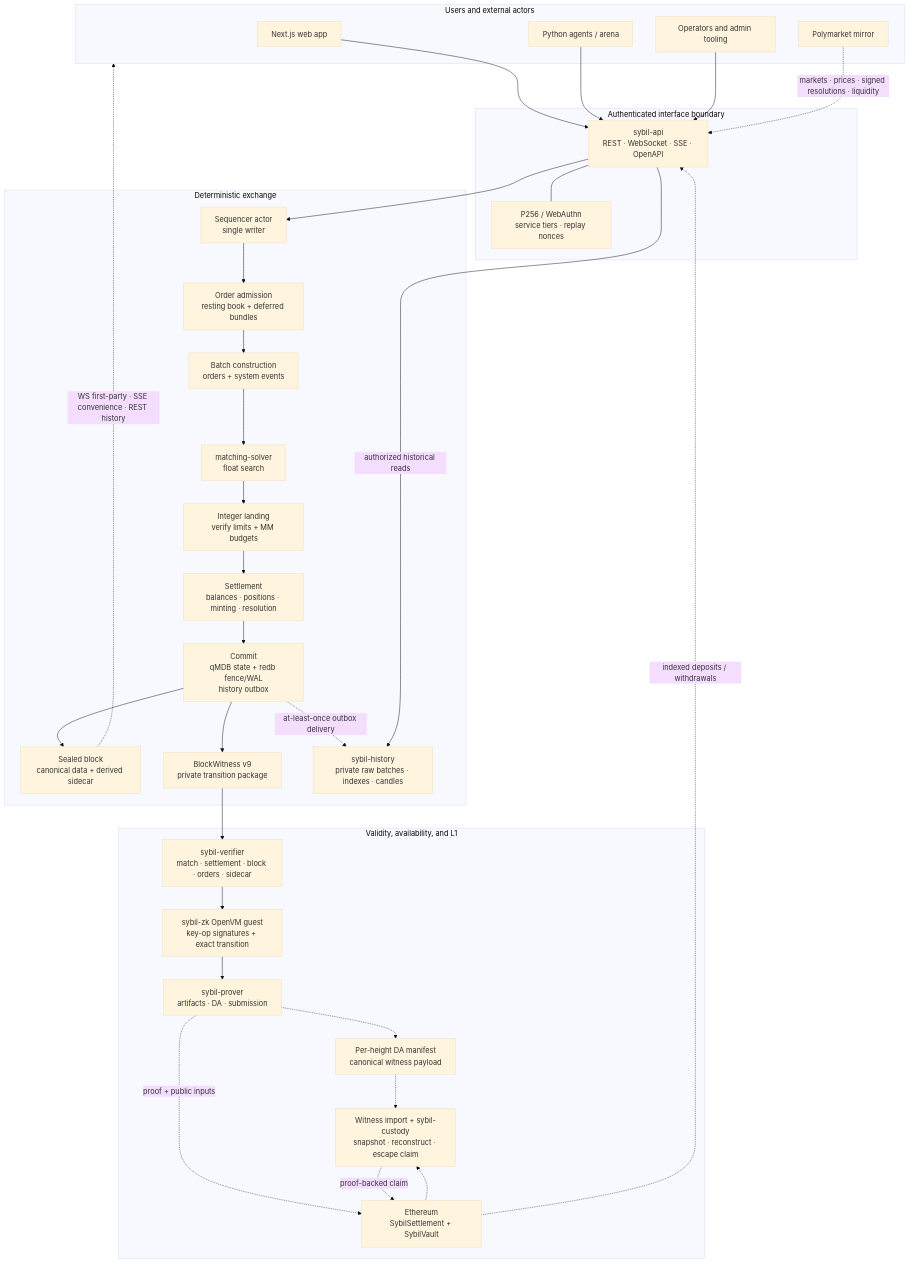
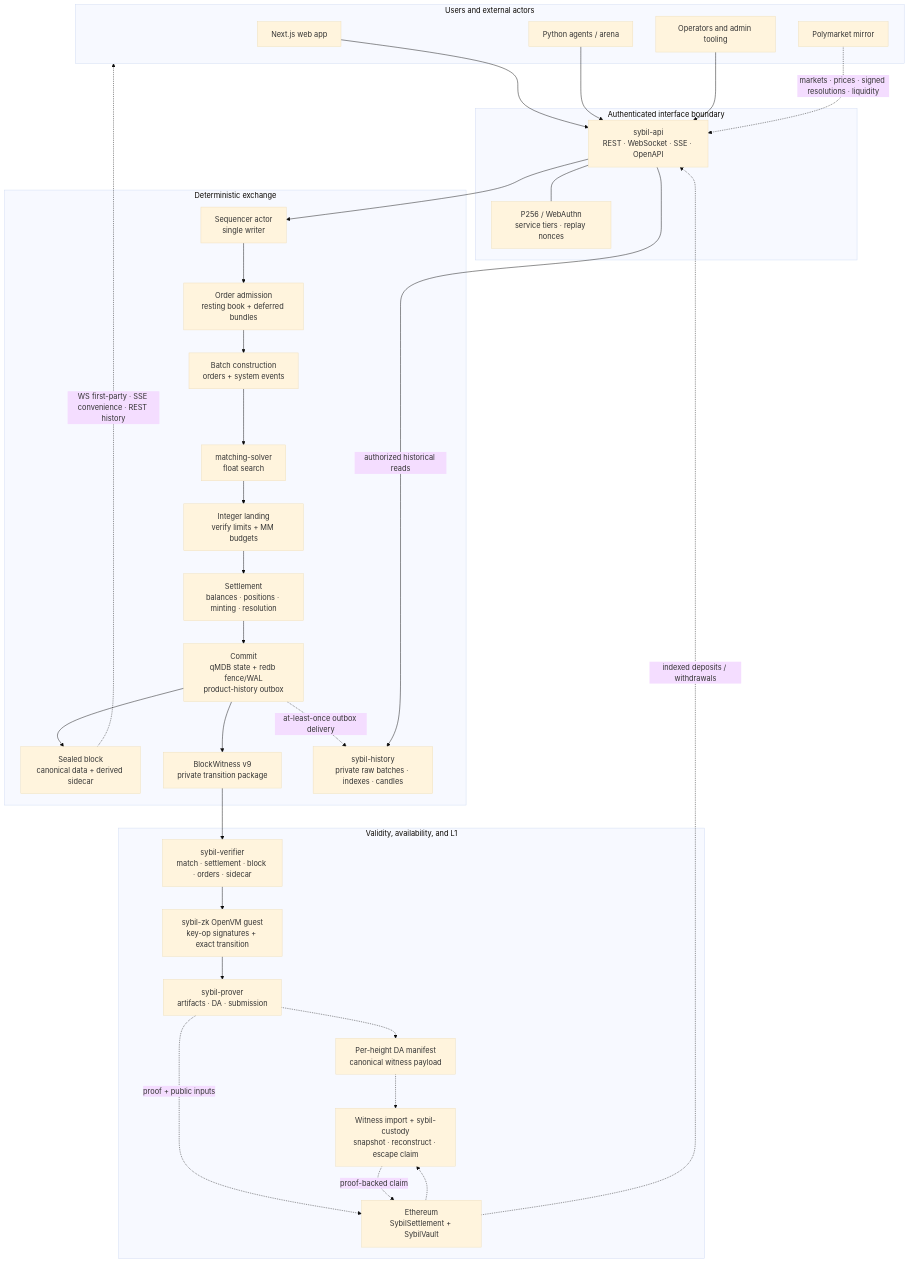
One commit to MetaB0y/sybil changed the first of 2 diagrams in docs/architecture/Sybil Architecture.md. Above: the diagram before and after it, drawn with Mermaid (base theme). The commit also changed 81 other files, not shown here.

````diff
--- a/docs/architecture/Sybil Architecture.md
+++ b/docs/architecture/Sybil Architecture.md
@@ -21,58 +21,58 @@
 ```mermaid
 flowchart TB
     subgraph users["Users and external actors"]
         WEB["Next.js web app"]
         BOTS["Python agents / arena"]
         PM["Polymarket mirror"]
         OPS["Operators and admin tooling"]
     end
 
     subgraph edge["Authenticated interface boundary"]
         API["sybil-api<br/>REST · WebSocket · SSE · OpenAPI"]
         AUTH["P256 / WebAuthn<br/>service tiers · replay nonces"]
         API --- AUTH
     end
 
     subgraph exchange["Deterministic exchange"]
         ACTOR["Sequencer actor<br/>single writer"]
         ADMIT["Order admission<br/>resting book + deferred bundles"]
         BATCH["Batch construction<br/>orders + system events"]
         SOLVE["matching-solver<br/>float search"]
         LAND["Integer landing<br/>verify limits + MM budgets"]
         SETTLE["Settlement<br/>balances · positions · minting · resolution"]
-        STORE["Commit<br/>qMDB state + redb fence/WAL<br/>history outbox"]
+        STORE["Commit<br/>qMDB state + redb fence/WAL<br/>product-history outbox"]
         BLOCK["Sealed block<br/>canonical data + derived sidecar"]
         WIT["BlockWitness v9<br/>private transition package"]
         HIST["sybil-history<br/>private raw batches · indexes · candles"]
 
         ACTOR --> ADMIT --> BATCH --> SOLVE --> LAND --> SETTLE --> STORE
         STORE --> BLOCK
         STORE --> WIT
         STORE -.->|"at-least-once outbox delivery"| HIST
     end
 
     subgraph validity["Validity, availability, and L1"]
         VERIFY["sybil-verifier<br/>match · settlement · block · orders · sidecar"]
         GUEST["sybil-zk OpenVM guest<br/>key-op signatures + exact transition"]
         PROVER["sybil-prover<br/>artifacts · DA · submission"]
         DA["Per-height DA manifest<br/>canonical witness payload"]
         L1["Ethereum<br/>SybilSettlement + SybilVault"]
         ESCAPE["Witness import + sybil-custody<br/>snapshot · reconstruct · escape claim"]
 
         WIT --> VERIFY --> GUEST --> PROVER
         PROVER -.-> DA
         PROVER -.->|"proof + public inputs"| L1
         DA -.-> ESCAPE
         L1 -.-> ESCAPE
         ESCAPE -.->|"proof-backed claim"| L1
     end
 
     WEB --> API
     BOTS --> API
     OPS --> API
     PM -.->|"markets · prices · signed resolutions · liquidity"| API
     API --> ACTOR
     API -->|"authorized historical reads"| HIST
     BLOCK -.->|"WS first-party · SSE convenience · REST history"| users
     L1 -.->|"indexed deposits / withdrawals"| API
 ```
````
